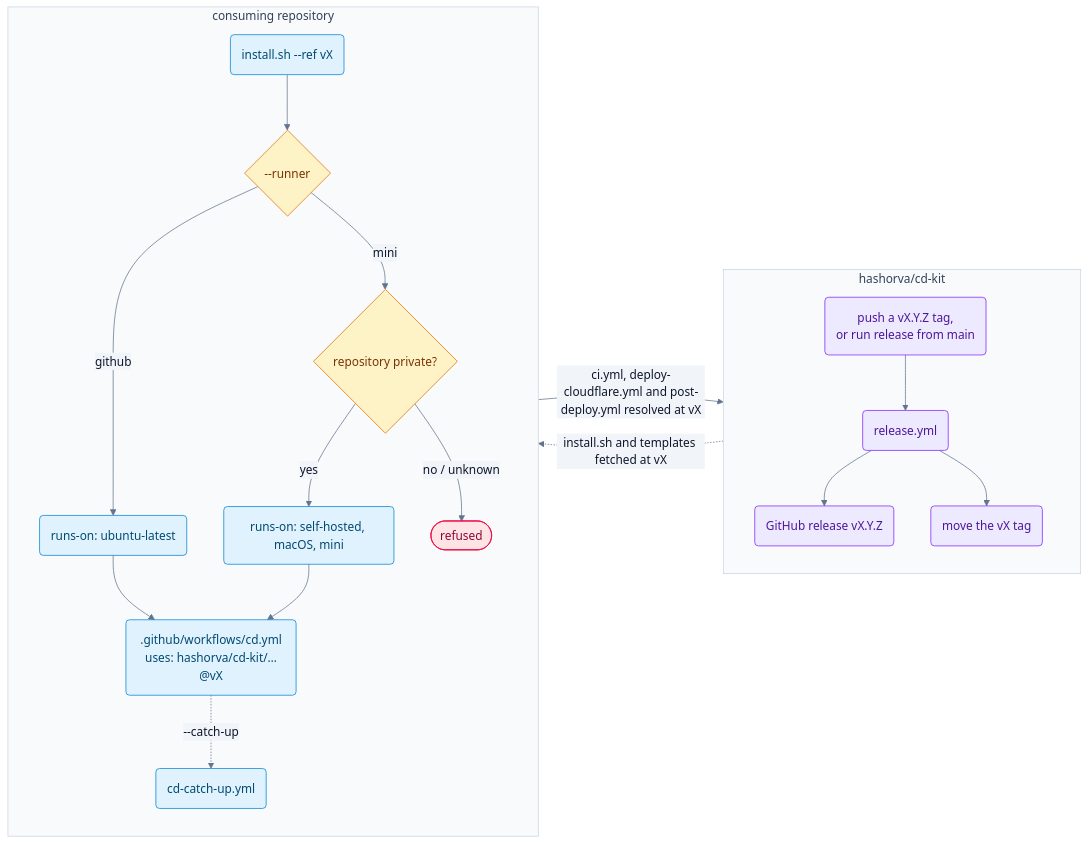
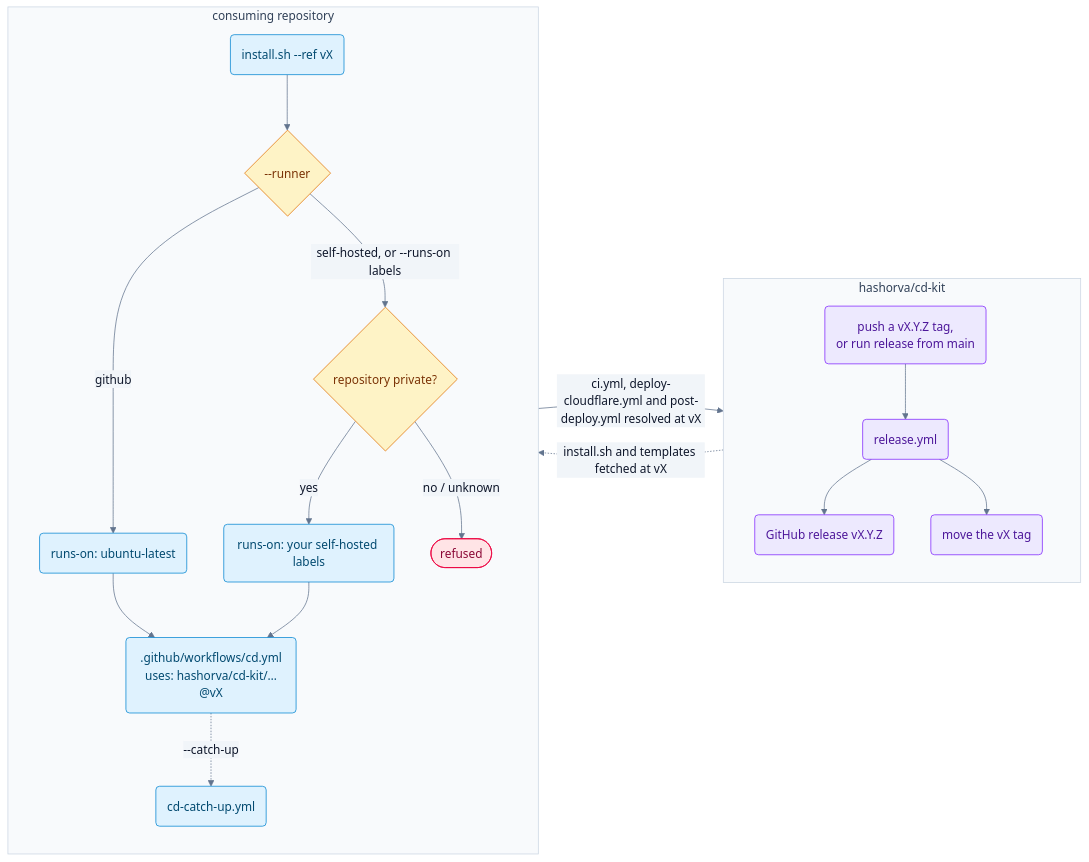
The third of 3 diagrams in README.md (hashorva/cd-kit), drawn with Mermaid before and after one commit. The commit also changed other lines of this file and 8 other files, not shown here.

````diff
--- a/README.md
+++ b/README.md
@@ -100,34 +98,34 @@
 ```mermaid
 %%{init: {"theme": "base", "themeVariables": {"fontFamily": "ui-sans-serif, system-ui, sans-serif", "lineColor": "#62748e", "primaryTextColor": "#0f172b", "edgeLabelBackground": "#f1f5f9", "clusterBkg": "#f8fafc", "clusterBorder": "#cad5e2", "titleColor": "#314158"}}}%%
 flowchart LR
   subgraph kit ["hashorva/cd-kit"]
     direction TB
     cut("push a vX.Y.Z tag,<br/>or run release from main") --> release("release.yml")
     release --> ghrelease("GitHub release vX.Y.Z")
     release --> major("move the vX tag")
   end
 
   subgraph consumer ["consuming repository"]
     direction TB
     run("install.sh --ref vX") --> runner{"--runner"}
     runner -- github --> hosted("runs-on: ubuntu-latest")
-    runner -- mini --> visibility{"repository private?"}
-    visibility -- yes --> mini("runs-on: self-hosted, macOS, mini")
+    runner -- "self-hosted, or --runs-on labels" --> visibility{"repository private?"}
+    visibility -- yes --> selfhosted("runs-on: your self-hosted labels")
     visibility -- "no / unknown" --> refused(["refused"])
     hosted --> cd(".github/workflows/cd.yml<br/>uses: hashorva/cd-kit/…@vX")
-    mini --> cd
+    selfhosted --> cd
     cd -. "--catch-up" .-> cu("cd-catch-up.yml")
   end
 
   major -. "install.sh and templates fetched at vX" .-> run
   cd -- "ci.yml, deploy-cloudflare.yml and post-deploy.yml resolved at vX" --> major
 
   classDef release fill:#ede9fe,stroke:#7f22fe,color:#4d179a
   classDef install fill:#dff2fe,stroke:#0084d1,color:#024a70
   classDef decision fill:#fef3c6,stroke:#e17100,color:#7b3306
   classDef refused fill:#ffe4e6,stroke:#ec003f,color:#8b0836
   class cut,release,ghrelease,major release
-  class run,hosted,mini,cd,cu install
+  class run,hosted,selfhosted,cd,cu install
   class runner,visibility decision
   class refused refused
 ```
````
